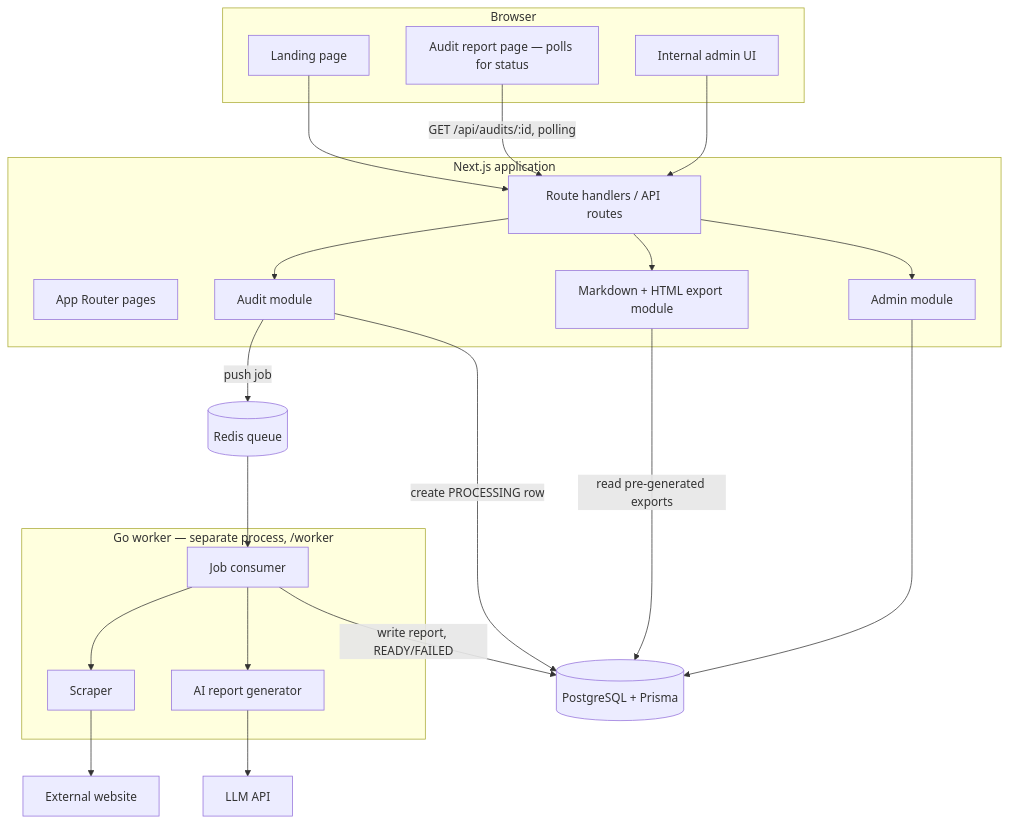
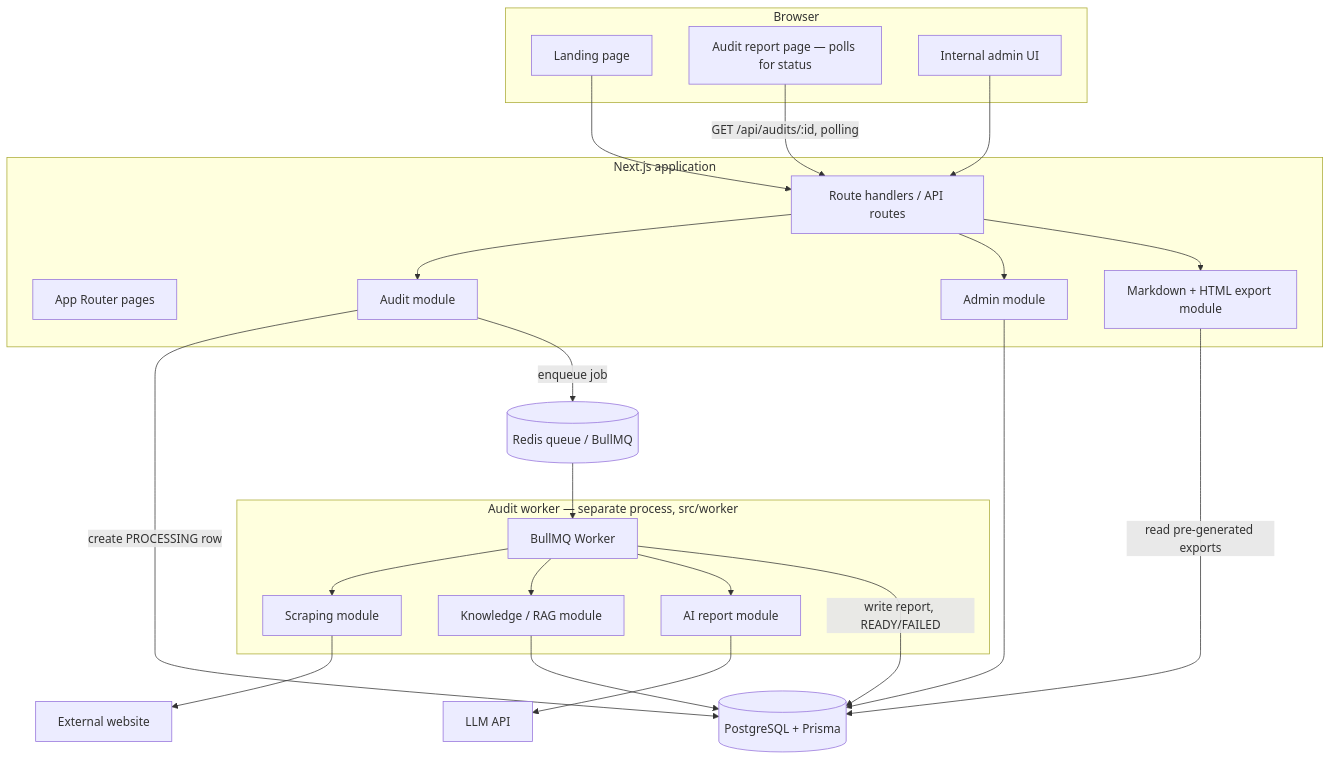
One commit to Luxion07/sitegap-ai changed the second of 12 diagrams in docs/ARCHITECTURE.md. Above: the diagram before and after it, drawn with Mermaid. The commit also changed other lines of this file and 1 other file, not shown here.

First line of the commit message:
docs(architecture): record BullMQ worker decision for Phase 9

````diff
--- a/docs/ARCHITECTURE.md
+++ b/docs/ARCHITECTURE.md
@@ -42,49 +43,52 @@
 ```mermaid
 flowchart TB
   subgraph Browser
     Landing[Landing page]
     Report[Audit report page — polls for status]
     AdminUI[Internal admin UI]
   end
 
   subgraph NextApp[Next.js application]
     Pages[App Router pages]
     Routes[Route handlers / API routes]
     AuditModule[Audit module]
     ExportModule[Markdown + HTML export module]
     AdminModule[Admin module]
   end
 
-  Queue[(Redis queue)]
+  Queue[(Redis queue / BullMQ)]
 
-  subgraph GoWorker[Go worker — separate process, /worker]
-    Consumer[Job consumer]
-    WorkerScraper[Scraper]
-    WorkerAI[AI report generator]
+  subgraph WorkerProcess[Audit worker — separate process, src/worker]
+    Consumer[BullMQ Worker]
+    WorkerScraper[Scraping module]
+    WorkerKnowledge[Knowledge / RAG module]
+    WorkerAI[AI report module]
   end
 
   DB[(PostgreSQL + Prisma)]
   LLM[LLM API]
   Site[External website]
 
   Landing --> Routes
   Report -->|GET /api/audits/:id, polling| Routes
   AdminUI --> Routes
 
   Routes --> AuditModule
   Routes --> AdminModule
   Routes --> ExportModule
 
   AuditModule -->|create PROCESSING row| DB
-  AuditModule -->|push job| Queue
+  AuditModule -->|enqueue job| Queue
 
   Queue --> Consumer
   Consumer --> WorkerScraper
+  Consumer --> WorkerKnowledge
   Consumer --> WorkerAI
   WorkerScraper --> Site
+  WorkerKnowledge --> DB
   WorkerAI --> LLM
   Consumer -->|write report, READY/FAILED| DB
 
   ExportModule -->|read pre-generated exports| DB
   AdminModule --> DB
 ```
````
